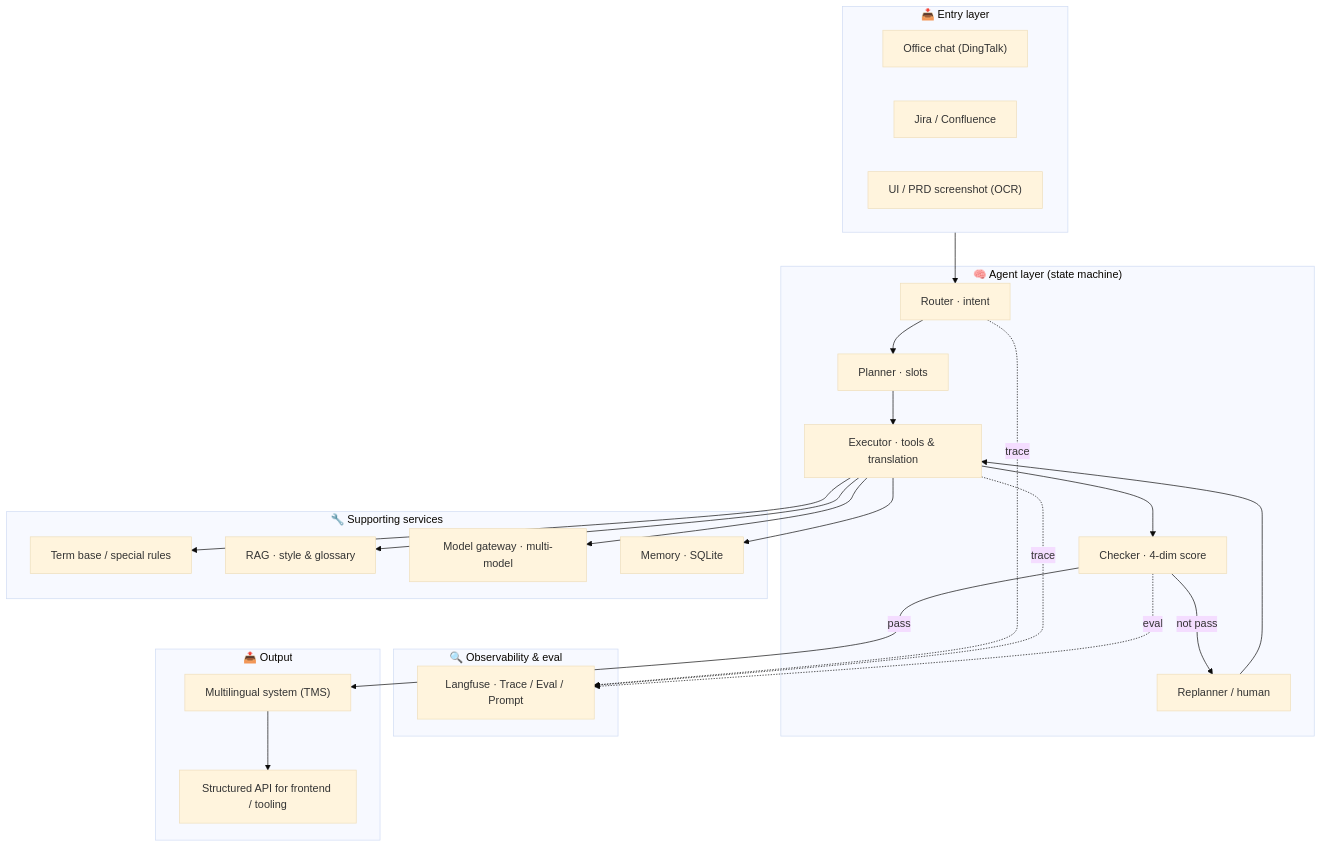
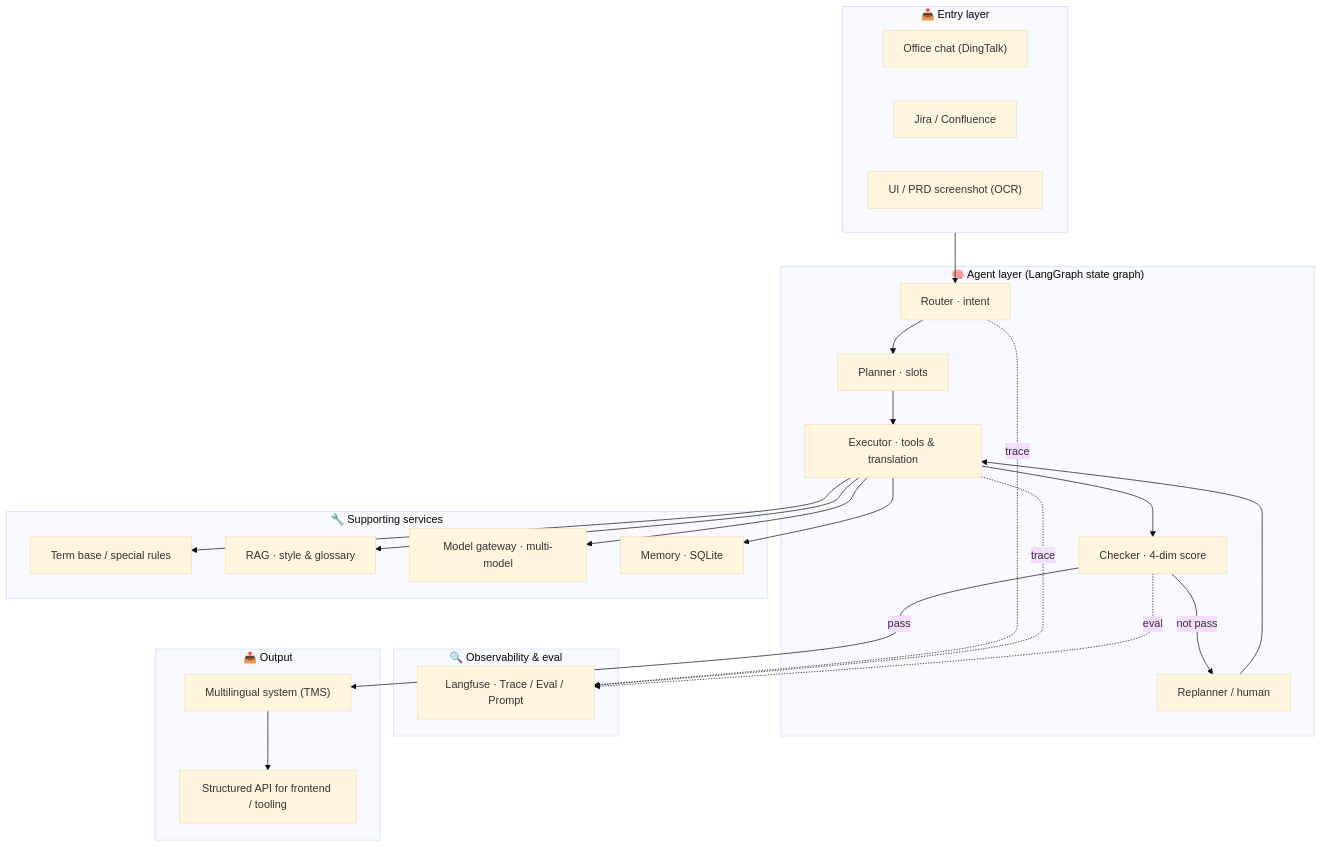
One commit to DAgogo04/GoGo-Translation-Agent changed the diagram in README.md. Above: the diagram before and after it, drawn with Mermaid (base theme). The commit also changed other lines of this file, not shown here.

Commit message:
docs: LangGraph orchestration + Langfuse/RAG/long-term memory all live (not planned)

````diff
--- a/README.md
+++ b/README.md
@@ -136,44 +136,44 @@
 ```mermaid
 flowchart TB
   subgraph Input["📥 Entry layer"]
     Chat["Office chat (DingTalk)"]
     Jira["Jira / Confluence"]
     OCR["UI / PRD screenshot (OCR)"]
   end
 
-  subgraph Agent["🧠 Agent layer (state machine)"]
+  subgraph Agent["🧠 Agent layer (LangGraph state graph)"]
     Router["Router · intent"]
     Planner["Planner · slots"]
     Executor["Executor · tools & translation"]
     Checker["Checker · 4-dim score"]
     Replanner["Replanner / human"]
   end
 
   subgraph Services["🔧 Supporting services"]
     Terms["Term base / special rules"]
     RAG["RAG · style & glossary"]
     Gateway["Model gateway · multi-model"]
     Mem["Memory · SQLite"]
   end
 
   subgraph Obs["🔍 Observability & eval"]
     Langfuse["Langfuse · Trace / Eval / Prompt"]
   end
 
   subgraph Output["📤 Output"]
     TMS["Multilingual system (TMS)"]
     API["Structured API for frontend / tooling"]
   end
 
   Input --> Router --> Planner --> Executor --> Checker
   Checker -->|pass| TMS
   Checker -->|not pass| Replanner --> Executor
   Executor --> Terms
   Executor --> RAG
   Executor --> Gateway
   Executor --> Mem
   TMS --> API
   Router -. trace .-> Langfuse
   Executor -. trace .-> Langfuse
   Checker -. eval .-> Langfuse
 ```
````
